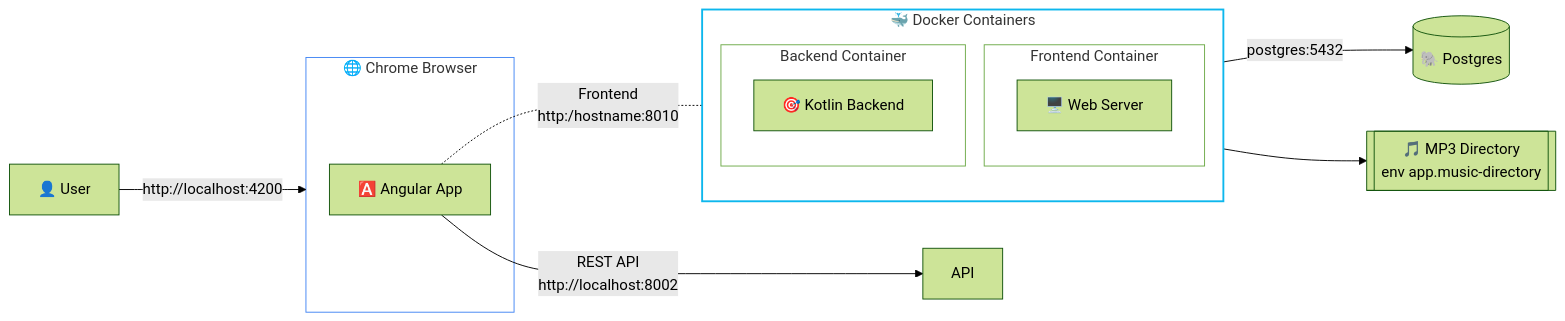
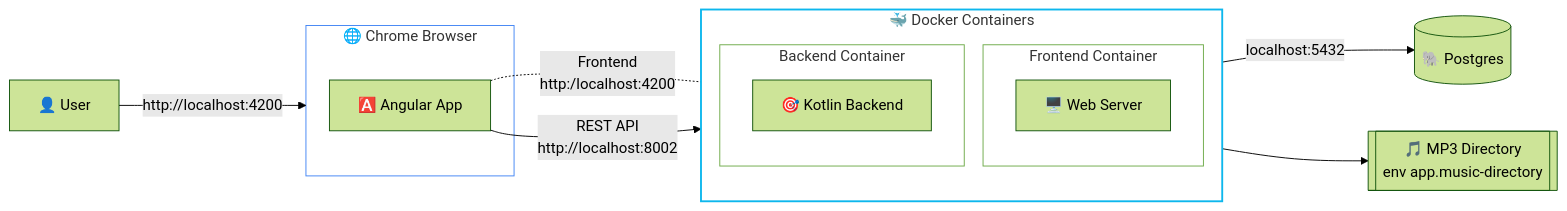
The second of 2 diagrams in README.md (richardeigenmann/Music-Spring), drawn with Mermaid (forest theme) before and after one commit.

````diff
--- a/README.md
+++ b/README.md
@@ -262,46 +262,46 @@
 ```mermaid
 graph LR
     %% Entity Definitions
     User["👤 User"]
     
     subgraph Browser ["🌐 Chrome Browser"]
         App["🅰️ Angular App"]
     end
 
     subgraph Docker ["🐳 Docker Containers"]
         direction TB
         subgraph FE ["Frontend Container"]
             WS["🖥️ Web Server"]
         end
         
         %% Vertical strut
         %%FE ~~~ BE
         
         subgraph BE ["Backend Container"]
             Backend["🎯 Kotlin Backend"]
         end
     end
 
     DB[("🐘 Postgres")]
     Files[["🎵 MP3 Directory\nenv app.music-directory"]]
 
     %% --- THE CONNECTIONS (The "Physics" Fix) ---
     
     User -->|http://localhost:4200| Browser
     
     %% Reverse the arrow syntax to force WS to the RIGHT of App
-    App <-.-|Frontend\nhttp:/hostname:8010| WS
+    App <-.-|Frontend\nhttp:/localhost:4200| WS
     
     %% Standard flow to the backend
-    App -->|REST API\nhttp://localhost:8002| API
+    App -->|REST API\nhttp://localhost:8002| Backend
     
     %% Backend data flow
-    Backend -->|postgres:5432| DB
+    Backend -->|localhost:5432| DB
     Backend --> Files
 
     %% Styling
     style Browser fill:#fff,stroke:#4285F4
     style Docker fill:#fff,stroke:#0db7ed,stroke-width:2px
     style FE fill:#fff
     style BE fill:#fff
 ```
````
